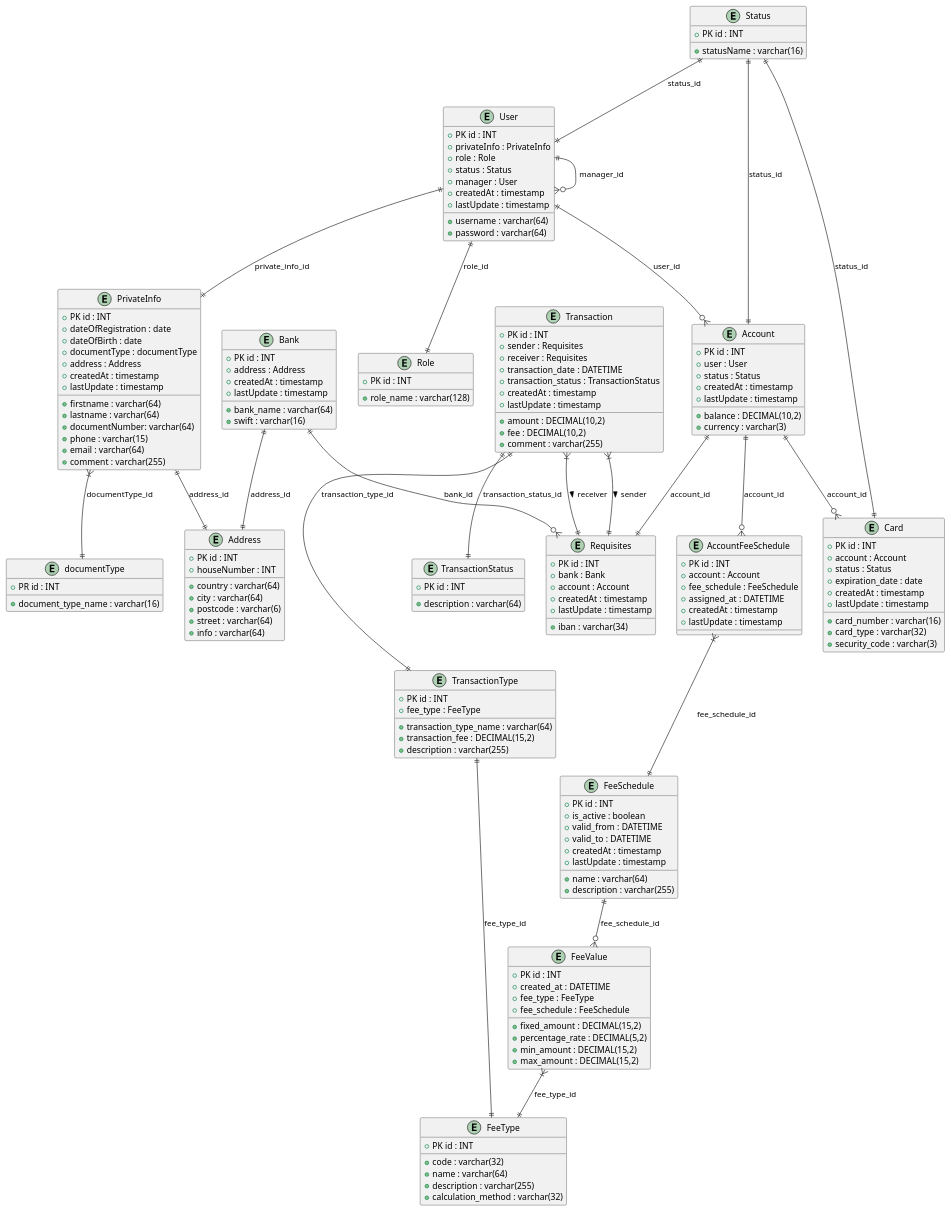
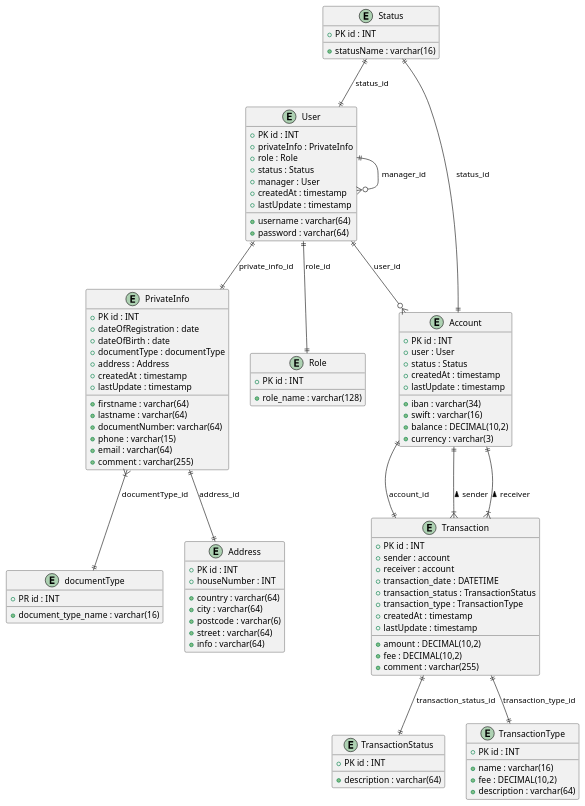
Before and after one commit to jolivuk/ProjectBankSystem: the diagram in src/Diagram.puml, drawn with PlantUML. The commit also changed 31 other files, not shown here.

```diff
--- a/src/Diagram.puml
+++ b/src/Diagram.puml
@@ -55,6 +55,8 @@
 entity Account {
    + PK id : INT
    + user : User
+   + iban : varchar(34)
+   + swift : varchar(16)
    + status : Status
    + balance : DECIMAL(10,2)
    + currency : varchar(3)
@@ -67,60 +69,19 @@
 }
 
 
-
-' Домен комиссий
-entity FeeSchedule {
-   + PK id : INT
-   + name : varchar(64)
-   + description : varchar(255)
-   + is_active : boolean
-   + valid_from : DATETIME
-   + valid_to : DATETIME
-   + createdAt : timestamp
-   + lastUpdate : timestamp
-}
-
-entity FeeType {
-   + PK id : INT
-   + code : varchar(32)
-   + name : varchar(64)
-   + description : varchar(255)
-   + calculation_method : varchar(32)
-}
-
-entity FeeValue {
-   + PK id : INT
-   + fixed_amount : DECIMAL(15,2)
-   + percentage_rate : DECIMAL(5,2)
-   + min_amount : DECIMAL(15,2)
-   + max_amount : DECIMAL(15,2)
-   + created_at : DATETIME
-   + fee_type : FeeType
-   + fee_schedule : FeeSchedule
-}
-
-entity AccountFeeSchedule {
-   + PK id : INT
-   + account : Account
-   + fee_schedule : FeeSchedule
-   + assigned_at : DATETIME
-   + createdAt : timestamp
-   + lastUpdate : timestamp
-}
-
 ' Домен транзакций
 entity Transaction {
    + PK id : INT
-   + sender : Requisites
-   + receiver : Requisites
+   + sender : account
+   + receiver : account
    + amount : DECIMAL(10,2)
    + fee : DECIMAL(10,2)
    + comment : varchar(255)
    + transaction_date : DATETIME
    + transaction_status : TransactionStatus
+   + transaction_type : TransactionType
    + createdAt : timestamp
    + lastUpdate : timestamp
-
 }
 
 entity TransactionStatus {
@@ -130,41 +91,9 @@
 
 entity TransactionType {
    + PK id : INT
-   + fee_type : FeeType
-   + transaction_type_name : varchar(64)
-   + transaction_fee : DECIMAL(15,2)
-   + description : varchar(255)
-}
-
-' Домен карт и банков
-entity Card {
-   + PK id : INT
-   + account : Account
-   + card_number : varchar(16)
-   + card_type : varchar(32)
-   + status : Status
-   + expiration_date : date
-   + security_code : varchar(3)
-   + createdAt : timestamp
-   + lastUpdate : timestamp
-}
-
-entity Bank {
-   + PK id : INT
-   + address : Address
-   + bank_name : varchar(64)
-   + swift : varchar(16)
-   + createdAt : timestamp
-   + lastUpdate : timestamp
-}
-
-entity Requisites {
-   + PK id : INT
-   + bank : Bank
-   + account : Account
-   + iban : varchar(34)
-   + createdAt : timestamp
-   + lastUpdate : timestamp
+   + name : varchar(16)
+   + fee : DECIMAL(10,2)
+   + description : varchar(64)
 }
 
 ' Связи базового домена
@@ -174,28 +103,15 @@
 User ||--o{ Account : user_id
 PrivateInfo ||--|| Address : address_id
 PrivateInfo }|--|| documentType : documentType_id
-Account ||--o{ Card : account_id
-Account ||--|| Requisites : account_id
+Account ||--|| Transaction : account_id
 
 ' Связи транзакционного домена
-Transaction }|--|| Requisites : sender >
-Transaction }|--|| Requisites : receiver >
+Transaction }|--|| Account : sender >
+Transaction }|--|| Account : receiver >
 Transaction ||--|| TransactionStatus : transaction_status_id
 Transaction ||--|| TransactionType : transaction_type_id
 
-' Связи банковского домена
-Bank ||--o{ Requisites : bank_id
-Bank ||--|| Address : address_id
-
-' Связи домена комиссий
-Account ||--o{ AccountFeeSchedule : account_id
-AccountFeeSchedule }|--|| FeeSchedule : fee_schedule_id
-FeeSchedule ||--o{ FeeValue : fee_schedule_id
-FeeValue }|--|| FeeType : fee_type_id
-TransactionType ||--|| FeeType : fee_type_id
-
 Status ||--|| Account : status_id
 Status ||--|| User : status_id
-Status ||--|| Card : status_id
 
 @enduml
```
